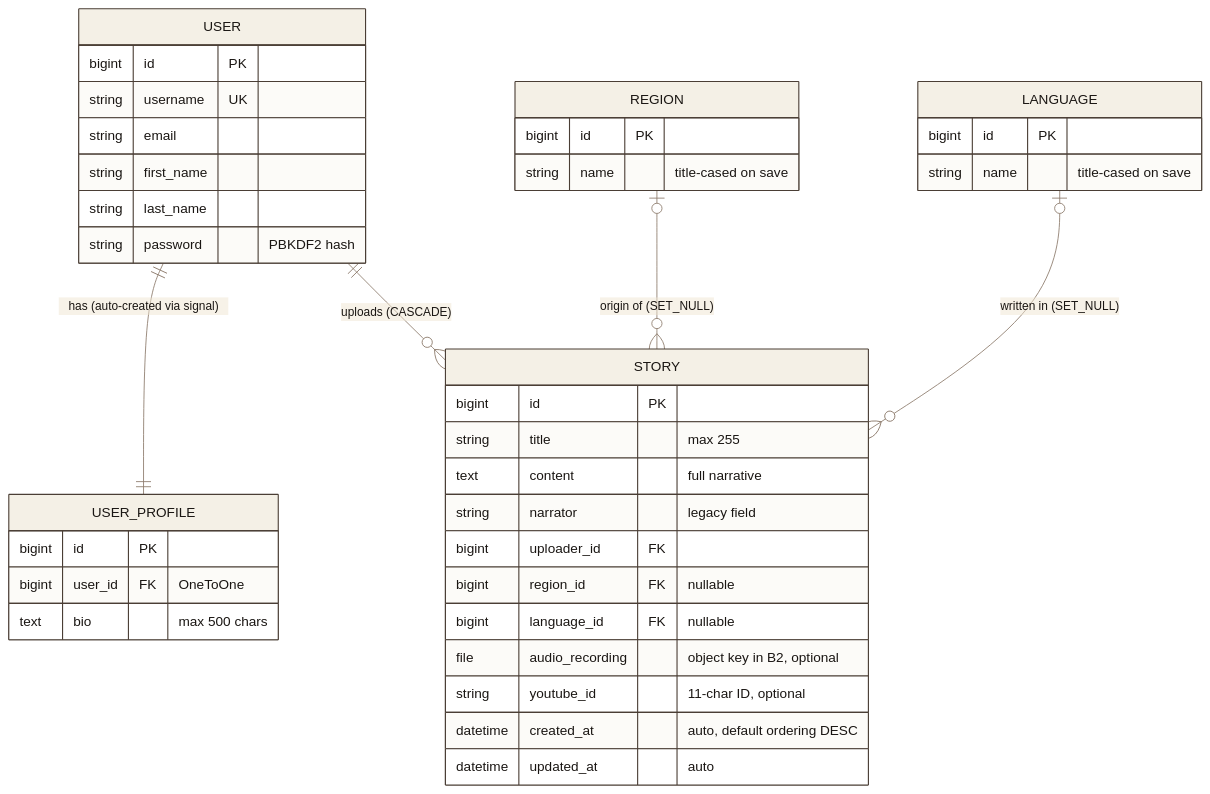
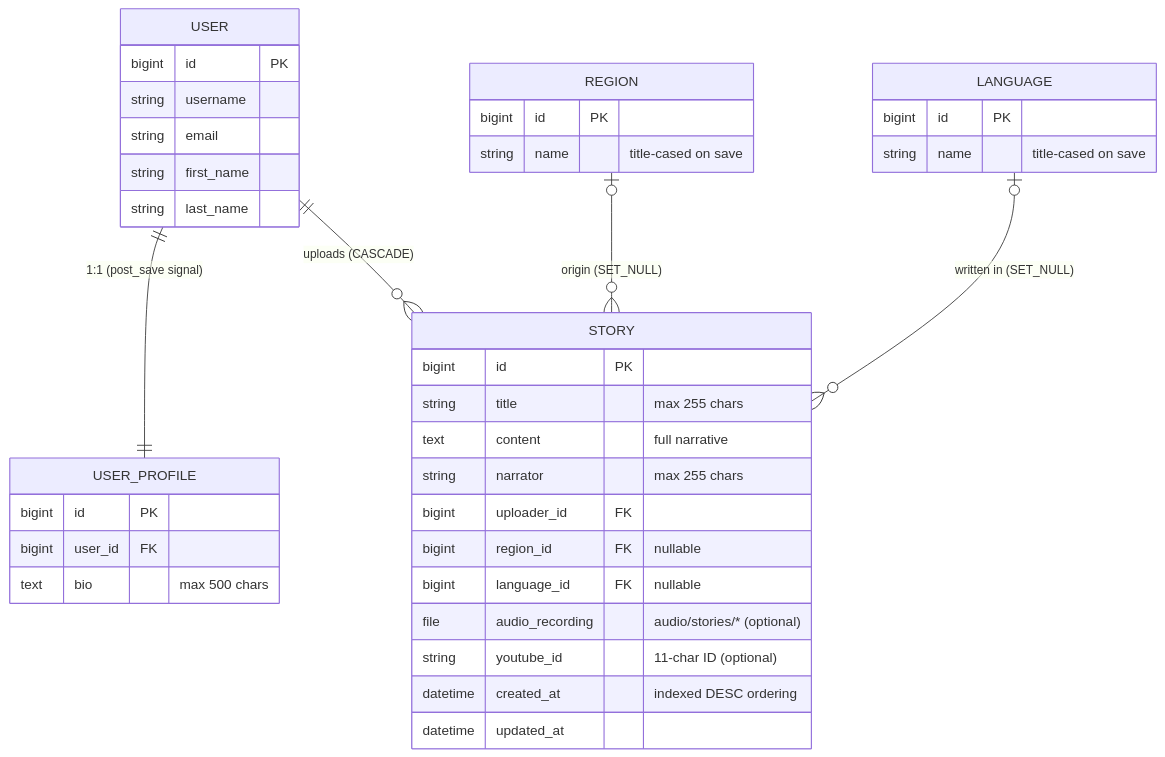
One commit to Kashan-A1i/Ishlogh-Architecture changed the second of 2 diagrams in README.md. Above: the diagram before and after it, drawn with Mermaid. The commit also changed other lines of this file and 4 other files, not shown here.

Commit message:
docs: redesign showcase for clean layout and fix Mermaid rendering

````diff
--- a/README.md
+++ b/README.md
@@ -248,43 +96,45 @@
 ```mermaid
-%%{init: {'theme':'base', 'themeVariables': { 'fontFamily': 'Georgia, serif', 'primaryColor': '#f4f0e6', 'primaryTextColor': '#1a1613', 'primaryBorderColor': '#4a3e35', 'lineColor': '#8c7a6b', 'tertiaryColor': '#efe5d2' }}}%%
 erDiagram
-    USER ||--|| USER_PROFILE : "has (auto-created via signal)"
+    USER ||--|| USER_PROFILE : "1:1 (post_save signal)"
     USER ||--o{ STORY : "uploads (CASCADE)"
-    REGION |o--o{ STORY : "origin of (SET_NULL)"
+    REGION |o--o{ STORY : "origin (SET_NULL)"
     LANGUAGE |o--o{ STORY : "written in (SET_NULL)"
 
     USER {
         bigint id PK
-        string username UK
+        string username
         string email
         string first_name
         string last_name
-        string password "PBKDF2 hash"
     }
+
     USER_PROFILE {
         bigint id PK
-        bigint user_id FK "OneToOne"
+        bigint user_id FK
         text bio "max 500 chars"
     }
+
     STORY {
         bigint id PK
-        string title "max 255"
+        string title "max 255 chars"
         text content "full narrative"
-        string narrator "legacy field"
+        string narrator "max 255 chars"
         bigint uploader_id FK
         bigint region_id FK "nullable"
         bigint language_id FK "nullable"
-        file audio_recording "object key in B2, optional"
-        string youtube_id "11-char ID, optional"
-        datetime created_at "auto, default ordering DESC"
-        datetime updated_at "auto"
+        file audio_recording "audio/stories/* (optional)"
+        string youtube_id "11-char ID (optional)"
+        datetime created_at "indexed DESC ordering"
+        datetime updated_at
     }
+
     REGION {
         bigint id PK
         string name "title-cased on save"
     }
+
     LANGUAGE {
         bigint id PK
         string name "title-cased on save"
     }
 ```
````
